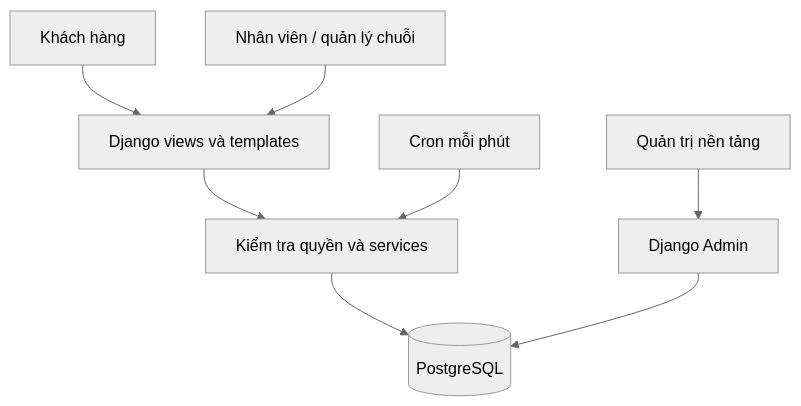
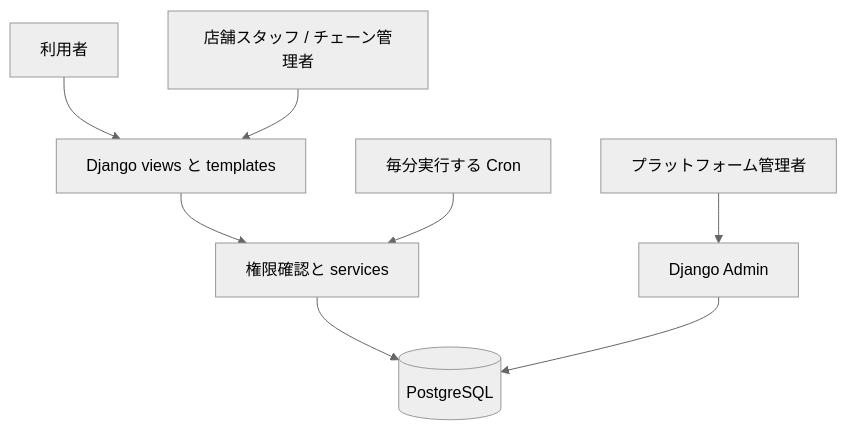
Before and after one commit to anhphu24/Graduation-project: the first of 2 diagrams in README.md, drawn with Mermaid (neutral theme). The commit also changed other lines of this file and 1 other file, not shown here.

````diff
--- a/README.md
+++ b/README.md
@@ -35,10 +35,10 @@
 ```mermaid
 flowchart TD
-    C[Khách hàng] --> W[Django views và templates]
-    S[Nhân viên / quản lý chuỗi] --> W
-    W --> P[Kiểm tra quyền và services]
+    C[利用者] --> W[Django views と templates]
+    S[店舗スタッフ / チェーン管理者] --> W
+    W --> P[権限確認と services]
     P --> D[(PostgreSQL)]
-    T[Cron mỗi phút] --> P
-    A[Quản trị nền tảng] --> B[Django Admin]
+    T[毎分実行する Cron] --> P
+    A[プラットフォーム管理者] --> B[Django Admin]
     B --> D
 ```
````
